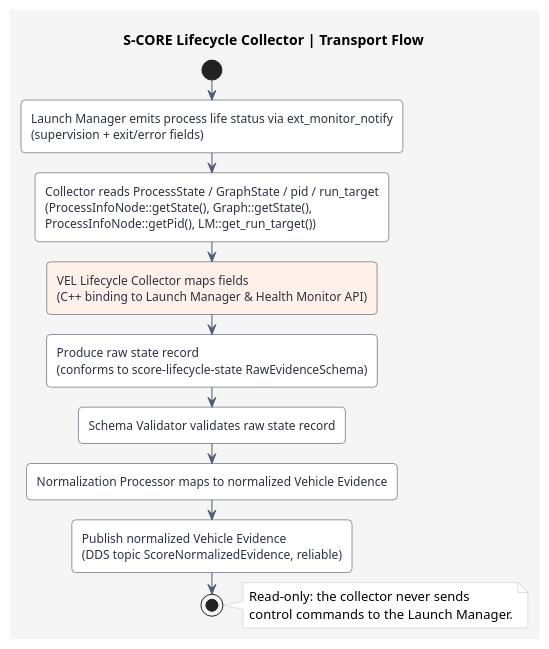
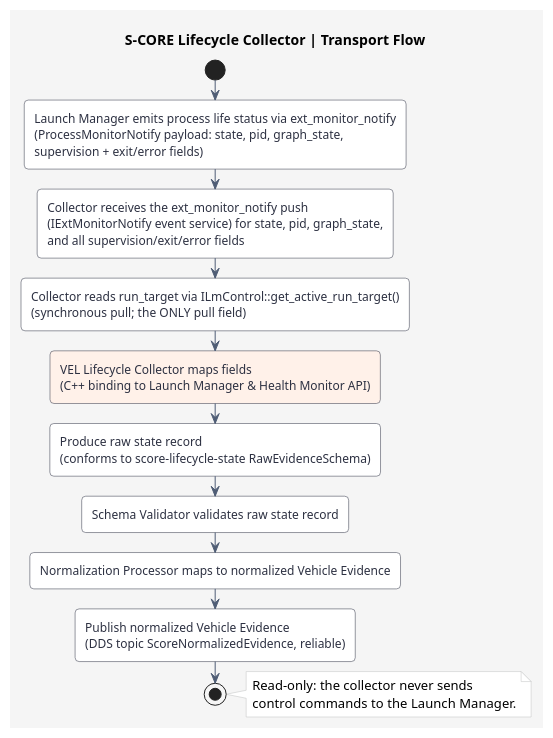
Before and after one commit to akshayg0314/vel: the diagram in docs/features/diagrams/lifecycle/Lifecycle_collector_transport_flow.puml, drawn with PlantUML. The commit also changed 46 other files, not shown here.

Commit message:
Modified Class and Sequence Diagram for VEL/Lifecycle collector as per reviews

```diff
--- a/docs/features/diagrams/lifecycle/Lifecycle_collector_transport_flow.puml
+++ b/docs/features/diagrams/lifecycle/Lifecycle_collector_transport_flow.puml
@@ -1,35 +1,38 @@
 @startuml
 title S-CORE Lifecycle Collector | Transport Flow
 skinparam backgroundColor #F5F5F5
 skinparam shadowing false
 skinparam roundCorner 8
 skinparam ArrowColor #4F5D75
 skinparam activityBorderColor #2D3142
 skinparam activityBackgroundColor #FFFFFF
 skinparam activityFontColor #2D3142
 skinparam diamondBorderColor #4F5D75
 skinparam diamondBackgroundColor #ECECEC
 skinparam noteBackgroundColor #FFFFFF
 skinparam noteBorderColor #BFC0C0
 
 start
 :Launch Manager emits process life status via ext_monitor_notify
-(supervision + exit/error fields);
-:Collector reads ProcessState / GraphState / pid / run_target
-(ProcessInfoNode::getState(), Graph::getState(),
-ProcessInfoNode::getPid(), LM::get_run_target());
+(ProcessMonitorNotify payload: state, pid, graph_state,
+supervision + exit/error fields);
+:Collector receives the ext_monitor_notify push
+(IExtMonitorNotify event service) for state, pid, graph_state,
+and all supervision/exit/error fields;
+:Collector reads run_target via ILmControl::get_active_run_target()
+(synchronous pull; the ONLY pull field);
 #FFF1E9:VEL Lifecycle Collector maps fields
 (C++ binding to Launch Manager & Health Monitor API);
 :Produce raw state record
 (conforms to score-lifecycle-state RawEvidenceSchema);
 :Schema Validator validates raw state record;
 :Normalization Processor maps to normalized Vehicle Evidence;
 :Publish normalized Vehicle Evidence
 (DDS topic ScoreNormalizedEvidence, reliable);
 stop
 
 note right
 Read-only: the collector never sends
 control commands to the Launch Manager.
 end note
 @enduml
```
